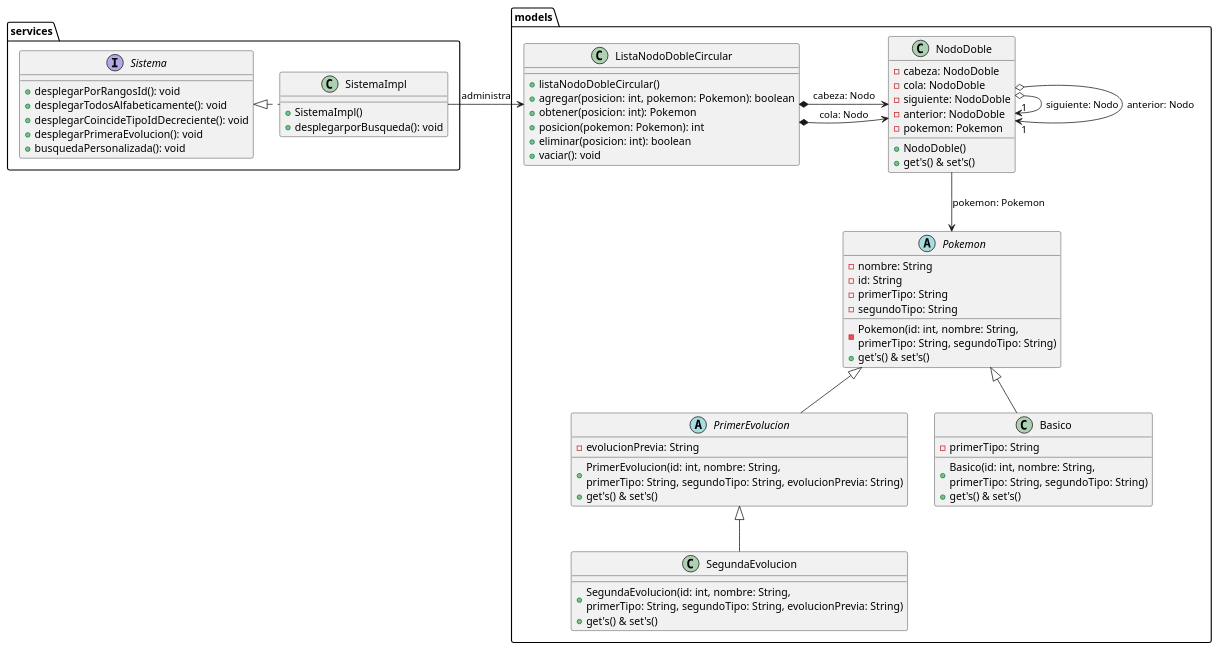
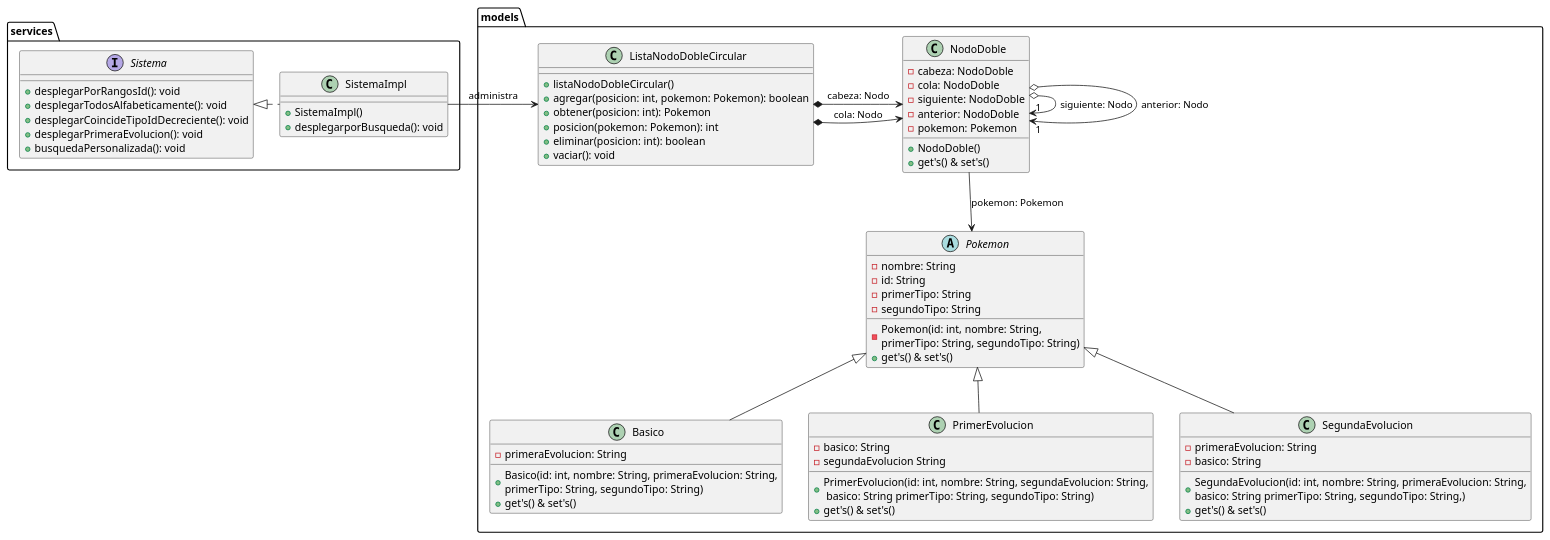
The diagram in Clases.puml (AlbertoLyons/Taller-4), drawn with PlantUML before and after one commit. The commit also changed 5 other files, not shown here.

```diff
--- a/Clases.puml
+++ b/Clases.puml
@@ -1,70 +1,73 @@
 @startuml
 package models {
     abstract class Pokemon {
      - nombre: String
      - id: String
      - primerTipo: String
      - segundoTipo: String
      - Pokemon(id: int, nombre: String, \nprimerTipo: String, segundoTipo: String)
      + get's() & set's()
     }
     class Basico {
-     - primerTipo: String
-     + Basico(id: int, nombre: String, \nprimerTipo: String, segundoTipo: String)
+     - primeraEvolucion: String
+     + Basico(id: int, nombre: String, primeraEvolucion: String,\nprimerTipo: String, segundoTipo: String)
      + get's() & set's()
     }
-    abstract class PrimerEvolucion {
-     - evolucionPrevia: String
-     + PrimerEvolucion(id: int, nombre: String, \nprimerTipo: String, segundoTipo: String, evolucionPrevia: String)
+    class PrimerEvolucion {
+     - basico: String
+     - segundaEvolucion String
+     + PrimerEvolucion(id: int, nombre: String, segundaEvolucion: String,\n basico: String primerTipo: String, segundoTipo: String)
      + get's() & set's()
     }
     class SegundaEvolucion {
-     + SegundaEvolucion(id: int, nombre: String,\nprimerTipo: String, segundoTipo: String, evolucionPrevia: String)
+     - primeraEvolucion: String
+     - basico: String
+     + SegundaEvolucion(id: int, nombre: String, primeraEvolucion: String,\nbasico: String primerTipo: String, segundoTipo: String,)
      + get's() & set's()
     }
     class NodoDoble {
      - cabeza: NodoDoble
      - cola: NodoDoble
      - siguiente: NodoDoble
      - anterior: NodoDoble
      - pokemon: Pokemon
      + NodoDoble()
      + get's() & set's()
     }
     class ListaNodoDobleCircular {
      + listaNodoDobleCircular()
      + agregar(posicion: int, pokemon: Pokemon): boolean
      + obtener(posicion: int): Pokemon
      + posicion(pokemon: Pokemon): int
      + eliminar(posicion: int): boolean
      + vaciar(): void
     }
 }
 package services {
     interface Sistema {
      + desplegarPorRangosId(): void
      + desplegarTodosAlfabeticamente(): void
      + desplegarCoincideTipoIdDecreciente(): void
      + desplegarPrimeraEvolucion(): void
      + busquedaPersonalizada(): void
     }
     class SistemaImpl {
      + SistemaImpl()
      + desplegarporBusqueda(): void
     }
 }
 
 SistemaImpl .left|> Sistema
 SistemaImpl -right> ListaNodoDobleCircular: administra
 ListaNodoDobleCircular *-right-> NodoDoble : cabeza: Nodo
 ListaNodoDobleCircular *-right-> NodoDoble : cola: Nodo
 NodoDoble o-> "1"NodoDoble : siguiente: Nodo
 NodoDoble o-> "1"NodoDoble : anterior: Nodo
 Basico -up-|> Pokemon
 PrimerEvolucion -up-|> Pokemon
-SegundaEvolucion -up-|> PrimerEvolucion
+SegundaEvolucion -up-|> Pokemon
 
 
 NodoDoble -down-> Pokemon : pokemon: Pokemon
 
 @enduml
```
